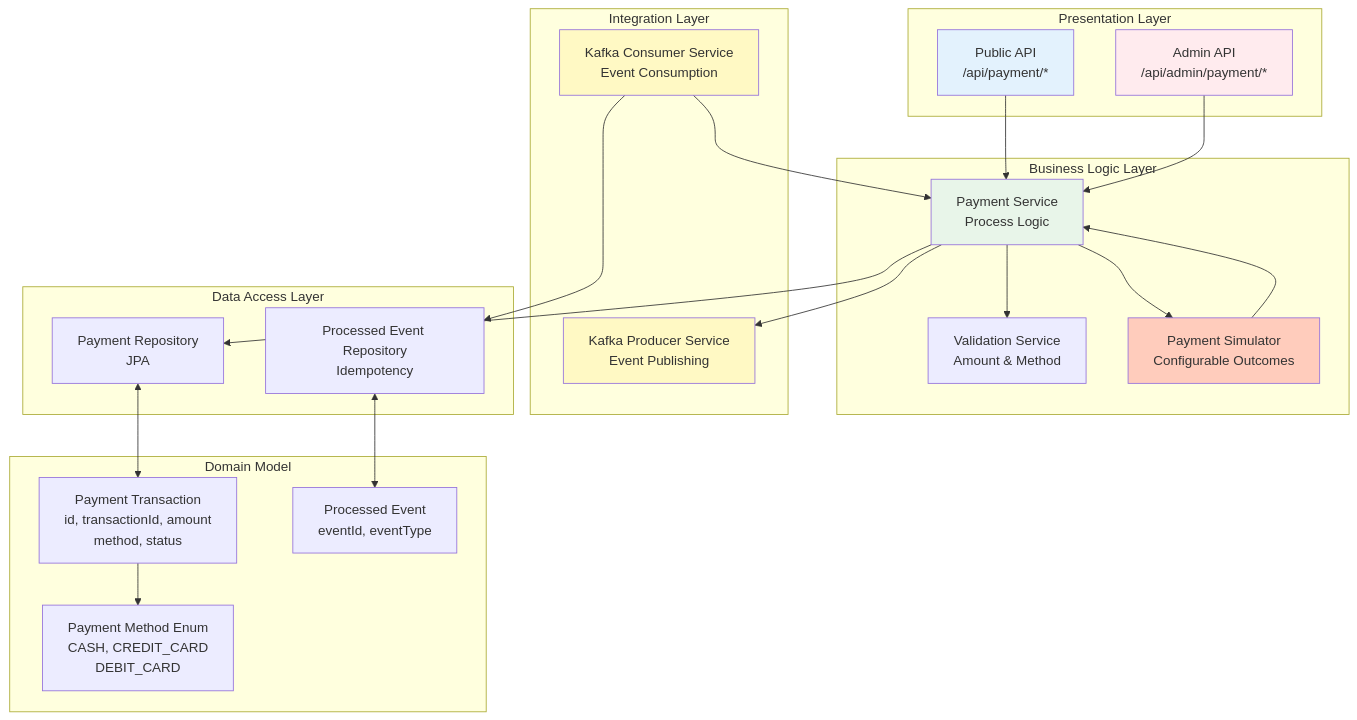
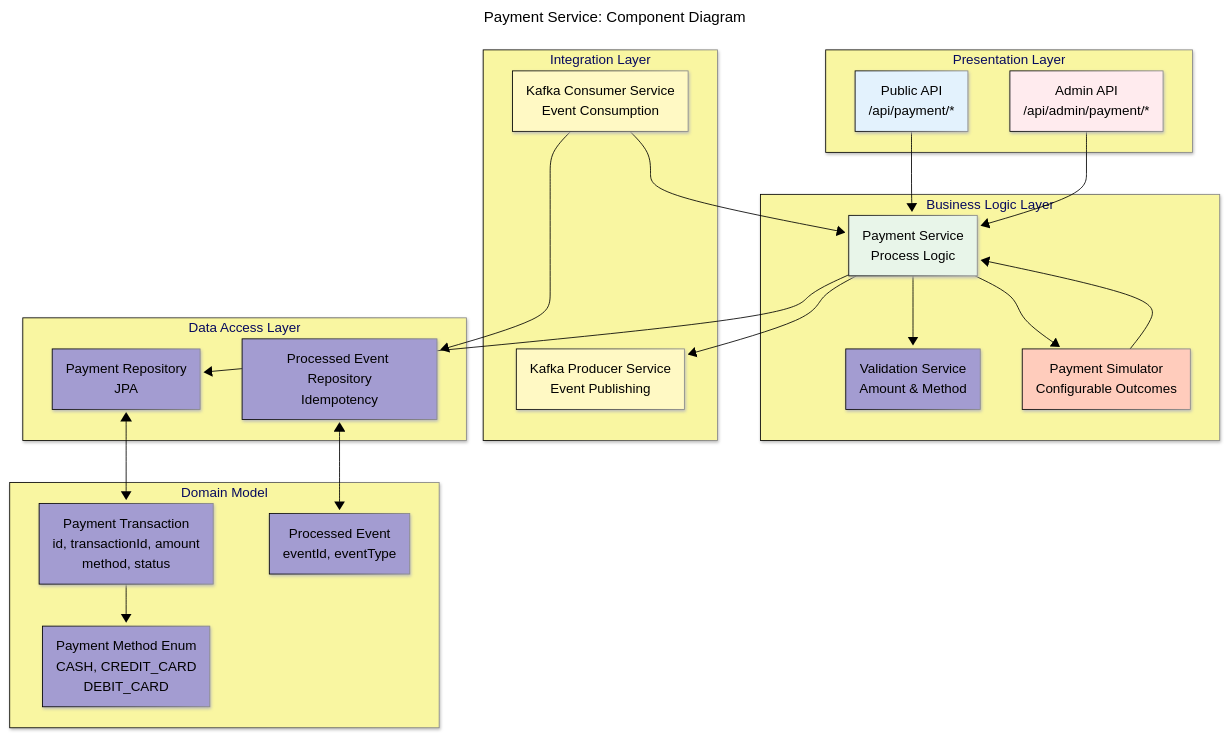
The second of 10 diagrams in Documentation/diagrams/payment-service.md (BrunoGil-AS/Vending-Machine-Microservices), drawn with Mermaid before and after one commit. The commit also changed other lines of this file and 7 other files, not shown here.

Commit message:
docs: Update service diagrams with new configurations and titles

````diff
--- a/Documentation/diagrams/payment-service.md
+++ b/Documentation/diagrams/payment-service.md
@@ -76,53 +90,67 @@
 ```mermaid
+---
+config:
+  theme: base
+  themeVariables:
+    primaryColor: '#a39cd1ff'
+    primaryTextColor: '#000000'
+    secondaryTextColor: '#ffffffff'
+    primaryBorderColor: '#000000'
+    lineColor: '#000000ff'
+    secondaryColor: '#90b590ff'
+    tertiaryColor: '#f9f6a1ff'
+  look: neo
+title: 'Payment Service: Component Diagram'
+---
 graph TB
     subgraph "Presentation Layer"
         PUBLIC_API[Public API<br/>/api/payment/*]
         ADMIN_API[Admin API<br/>/api/admin/payment/*]
     end
 
     subgraph "Business Logic Layer"
         PAYMENT_SERVICE[Payment Service<br/>Process Logic]
         VALIDATION[Validation Service<br/>Amount & Method]
         SIMULATOR[Payment Simulator<br/>Configurable Outcomes]
     end
 
     subgraph "Integration Layer"
         KAFKA_PRODUCER[Kafka Producer Service<br/>Event Publishing]
         KAFKA_CONSUMER[Kafka Consumer Service<br/>Event Consumption]
     end
 
     subgraph "Data Access Layer"
         PAYMENT_REPO[Payment Repository<br/>JPA]
         PROCESSED_EVENT_REPO[Processed Event Repository<br/>Idempotency]
     end
 
     subgraph "Domain Model"
         PAYMENT_TX[Payment Transaction<br/>id, transactionId, amount<br/>method, status]
         PAYMENT_METHOD[Payment Method Enum<br/>CASH, CREDIT_CARD<br/>DEBIT_CARD]
         PROCESSED_EVENT[Processed Event<br/>eventId, eventType]
     end
 
     PUBLIC_API --> PAYMENT_SERVICE
     ADMIN_API --> PAYMENT_SERVICE
 
     PAYMENT_SERVICE --> VALIDATION
     PAYMENT_SERVICE --> SIMULATOR
     PAYMENT_SERVICE --> PAYMENT_REPO
     PAYMENT_SERVICE --> KAFKA_PRODUCER
 
     KAFKA_CONSUMER --> PAYMENT_SERVICE
     KAFKA_CONSUMER --> PROCESSED_EVENT_REPO
 
     SIMULATOR --> PAYMENT_SERVICE
 
     PAYMENT_REPO <--> PAYMENT_TX
     PAYMENT_TX --> PAYMENT_METHOD
     PROCESSED_EVENT_REPO <--> PROCESSED_EVENT
 
     style PUBLIC_API fill:#e3f2fd
     style ADMIN_API fill:#ffebee
     style PAYMENT_SERVICE fill:#e8f5e9
     style SIMULATOR fill:#ffccbc
     style KAFKA_PRODUCER fill:#fff9c4
     style KAFKA_CONSUMER fill:#fff9c4
 ```
````
